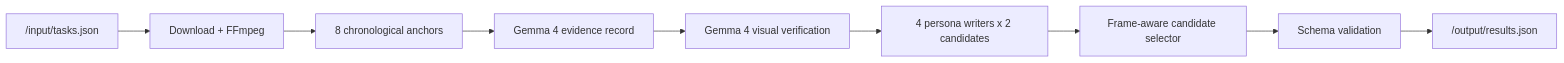
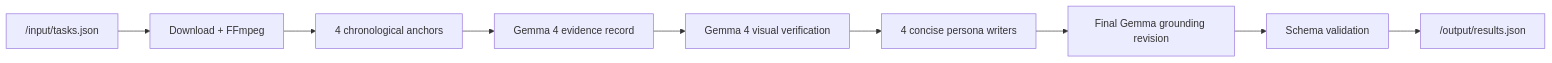
The diagram in docs/PPT_SLIDE_BRIEF.md (tuancookiez-hub/ClioGemma), drawn with Mermaid before and after one commit. The commit also changed other lines of this file and 3 other files, not shown here.

Commit message:
Document concise verified5 release candidate

````diff
--- a/docs/PPT_SLIDE_BRIEF.md
+++ b/docs/PPT_SLIDE_BRIEF.md
@@ -45,11 +45,11 @@
 ```mermaid
 flowchart LR
     A["/input/tasks.json"] --> B["Download + FFmpeg"]
-    B --> C["8 chronological anchors"]
+    B --> C["4 chronological anchors"]
     C --> D["Gemma 4 evidence record"]
     D --> E["Gemma 4 visual verification"]
-    E --> F["4 persona writers x 2 candidates"]
-    F --> G["Frame-aware candidate selector"]
+    E --> F["4 concise persona writers"]
+    F --> G["Final Gemma grounding revision"]
     G --> H["Schema validation"]
     H --> I["/output/results.json"]
 ```
````
